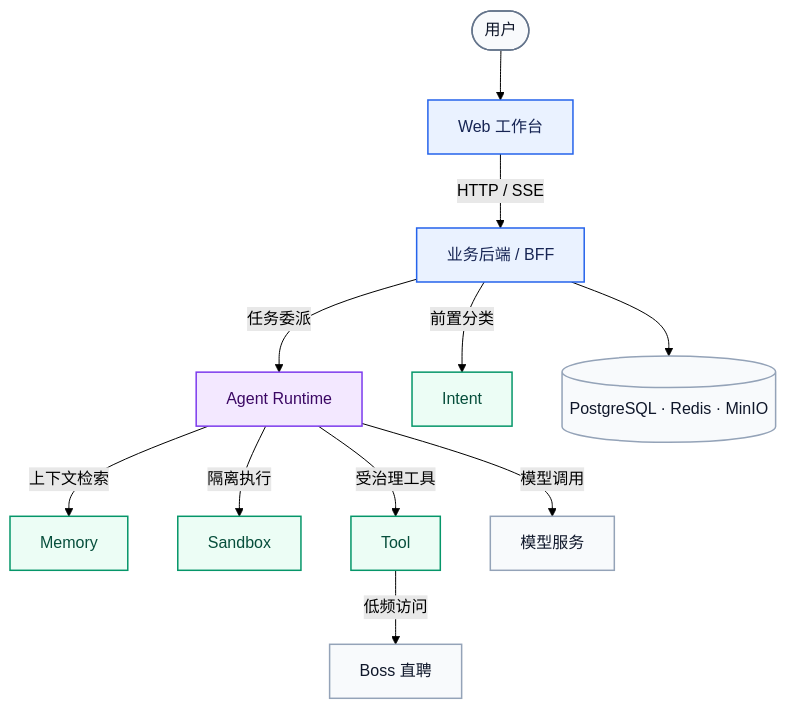
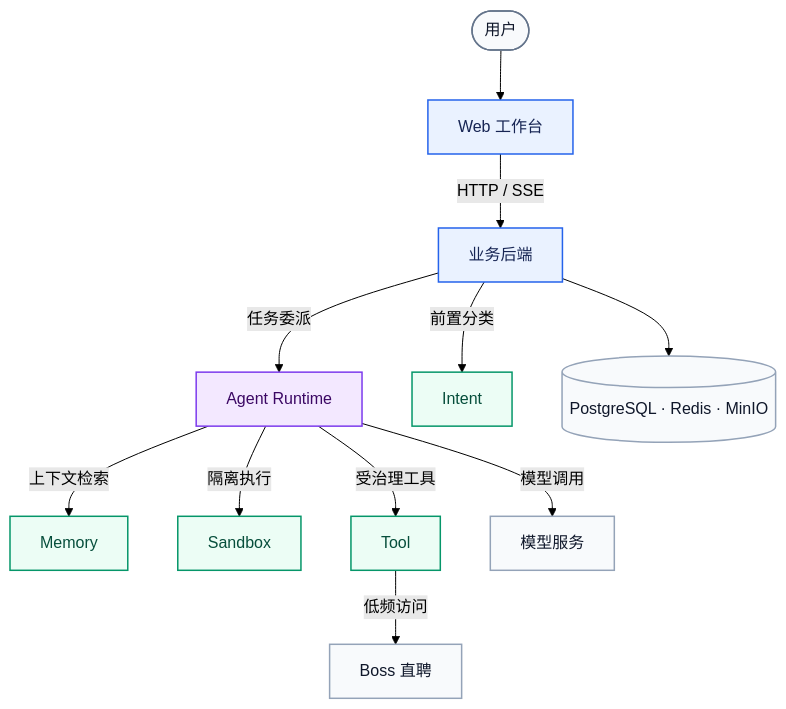
Before and after one commit to Logistic98/job-buddy: the first of 2 diagrams in README.md, drawn with Mermaid (forest theme). The commit also changed other lines of this file and 32 other files, not shown here.

Commit message:
docs: align engine context and diagram guidance

````diff
--- a/README.md
+++ b/README.md
@@ -18,25 +18,25 @@
 ```mermaid
 graph TD
     USER(["用户"]) --> FE["Web 工作台"]
-    FE -->|HTTP / SSE| BE["业务后端 / BFF"]
+    FE -->|HTTP / SSE| BE["业务后端"]
     BE -->|任务委派| RT["Agent Runtime"]
     BE -->|前置分类| INTENT["Intent"]
     RT -->|上下文检索| MEMORY["Memory"]
     RT -->|隔离执行| SANDBOX["Sandbox"]
     RT -->|受治理工具| TOOL["Tool"]
     BE --> DATA[("PostgreSQL · Redis · MinIO")]
     RT -->|模型调用| MODEL["模型服务"]
     TOOL -->|低频访问| BOSS["Boss 直聘"]
 
     classDef actor fill:#F8FAFC,stroke:#64748B,color:#0F172A,stroke-width:1.5px;
     classDef entry fill:#EAF2FF,stroke:#2563EB,color:#172554,stroke-width:1.5px;
     classDef core fill:#F3E8FF,stroke:#7C3AED,color:#3B0764,stroke-width:1.5px;
     classDef service fill:#ECFDF5,stroke:#059669,color:#064E3B,stroke-width:1.5px;
     classDef resource fill:#F8FAFC,stroke:#94A3B8,color:#0F172A,stroke-width:1.5px;
 
     class USER actor;
     class FE,BE entry;
     class RT core;
     class INTENT,MEMORY,SANDBOX,TOOL service;
     class DATA,MODEL,BOSS resource;
 ```
````
